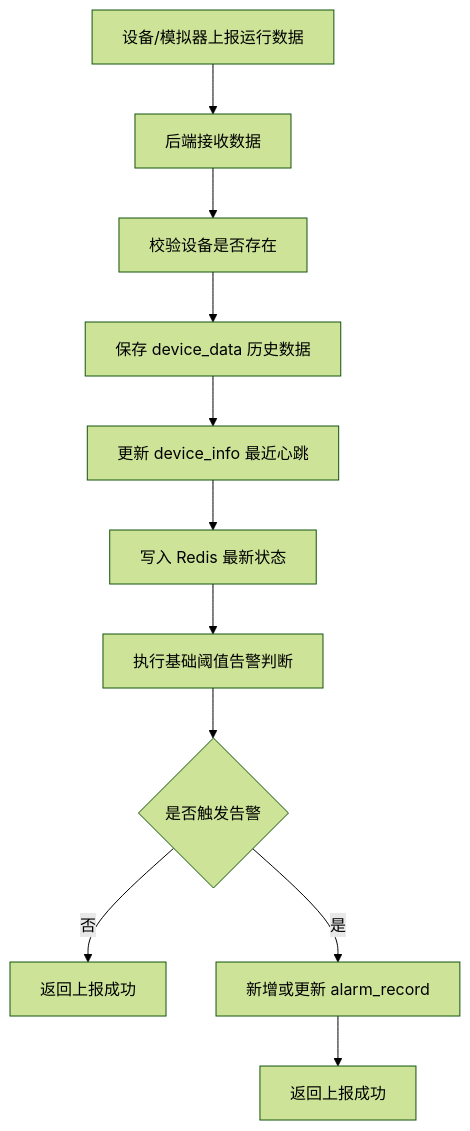
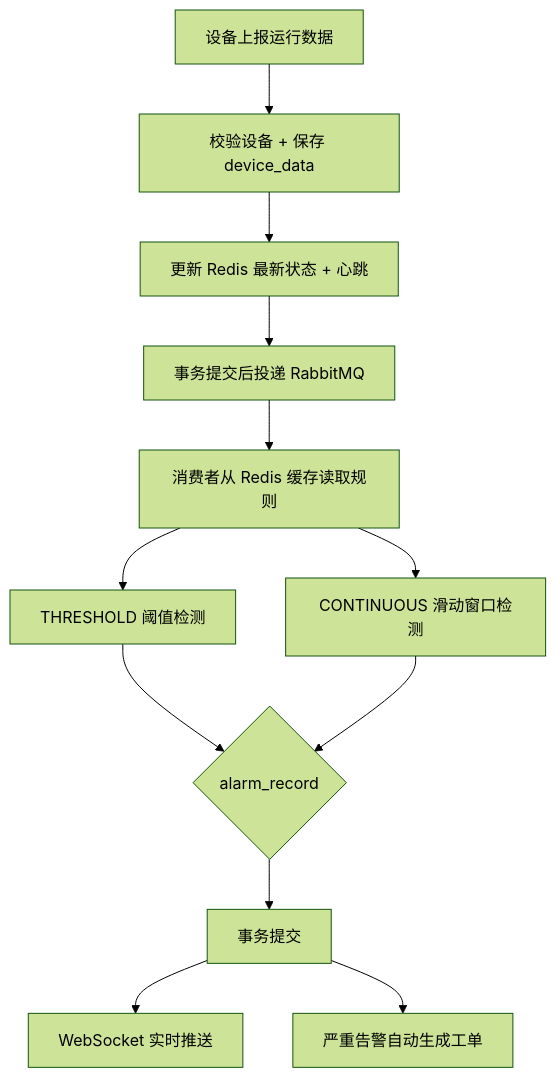
The first of 2 diagrams in docs/01-需求说明.md (ccbcc11/charge-monitor-platform), drawn with Mermaid (forest theme) before and after one commit. The commit also changed other lines of this file and 5 other files, not shown here.

````diff
--- a/docs/01-需求说明.md
+++ b/docs/01-需求说明.md
@@ -69,13 +69,14 @@
 ```mermaid
 flowchart TD
-    A[设备/模拟器上报运行数据] --> B[后端接收数据]
-    B --> C[校验设备是否存在]
-    C --> D[保存 device_data 历史数据]
-    D --> E[更新 device_info 最近心跳]
-    E --> F[写入 Redis 最新状态]
-    F --> G[执行基础阈值告警判断]
-    G --> H{是否触发告警}
-    H -- 否 --> I[返回上报成功]
-    H -- 是 --> J[新增或更新 alarm_record]
-    J --> K[返回上报成功]
+    A[设备上报运行数据] --> B[校验设备 + 保存 device_data]
+    B --> C[更新 Redis 最新状态 + 心跳]
+    C --> D[事务提交后投递 RabbitMQ]
+    D --> E[消费者从 Redis 缓存读取规则]
+    E --> F[THRESHOLD 阈值检测]
+    E --> G[CONTINUOUS 滑动窗口检测]
+    F --> H{alarm_record}
+    G --> H
+    H --> I[事务提交]
+    I --> J[WebSocket 实时推送]
+    I --> K[严重告警自动生成工单]
 ```
````
